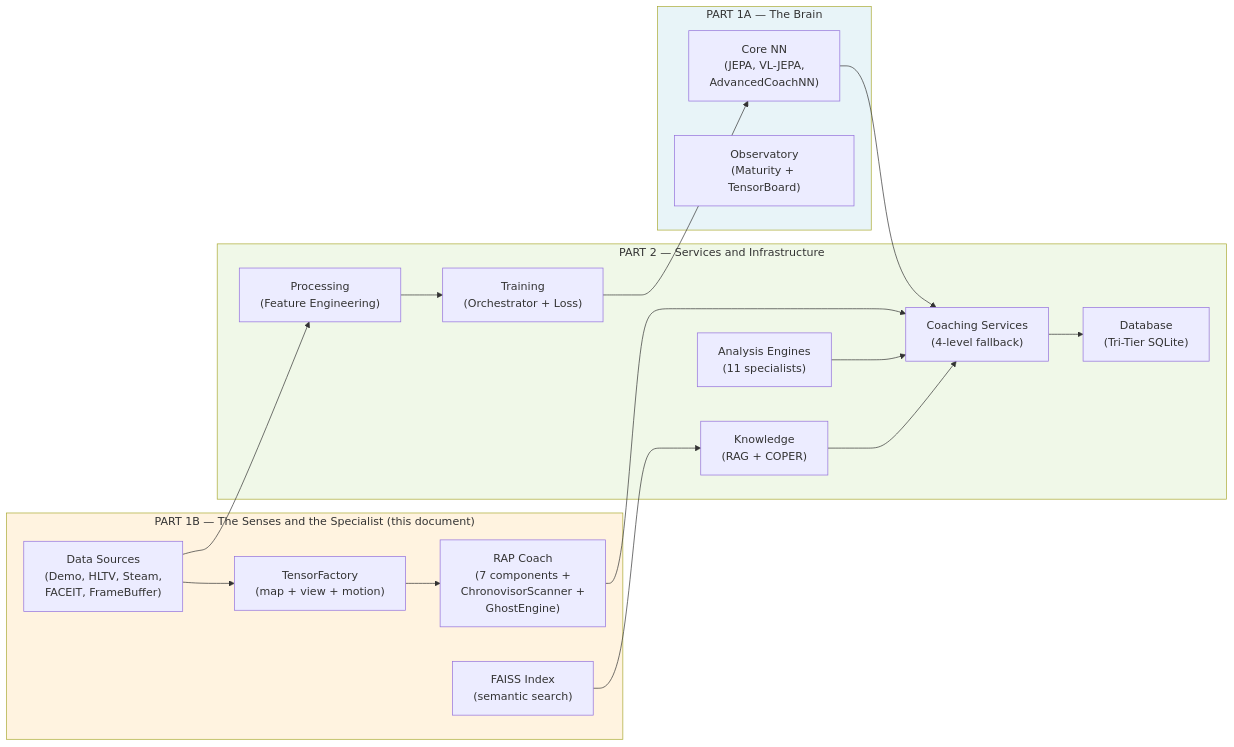
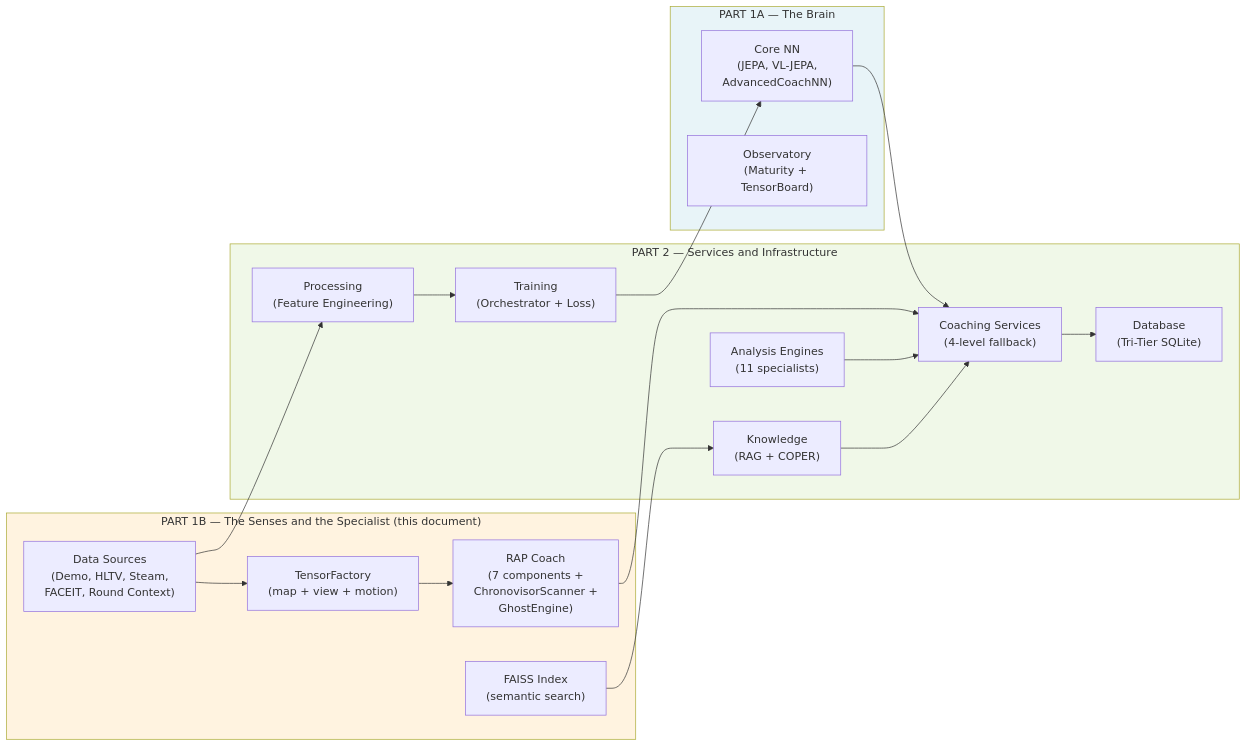
Diagram 16 of 16 in docs/books/Book-Coach-1B-en.md (renanaugustomacena-ux/Counter-Strike-coach-AI), drawn with Mermaid before and after one commit. The commit also changed other lines of this file and 36 other files, not shown here.

````diff
--- a/docs/books/Book-Coach-1B-en.md
+++ b/docs/books/Book-Coach-1B-en.md
@@ -1071,37 +1018,37 @@
 ```mermaid
 flowchart LR
     subgraph PART1A["PART 1A — The Brain"]
         NN["Core NN<br/>(JEPA, VL-JEPA,<br/>AdvancedCoachNN)"]
         OBS["Observatory<br/>(Maturity + TensorBoard)"]
     end
     subgraph PART1B["PART 1B — The Senses and the Specialist (this document)"]
-        DS["Data Sources<br/>(Demo, HLTV, Steam,<br/>FACEIT, FrameBuffer)"]
+        DS["Data Sources<br/>(Demo, HLTV, Steam,<br/>FACEIT, Round Context)"]
         TF["TensorFactory<br/>(map + view + motion)"]
         FAISS_P1["FAISS Index<br/>(semantic search)"]
         RAP["RAP Coach<br/>(7 components +<br/>ChronovisorScanner +<br/>GhostEngine)"]
     end
     subgraph PART2["PART 2 — Services and Infrastructure"]
         SVC["Coaching Services<br/>(4-level fallback)"]
         ANL["Analysis Engines<br/>(11 specialists)"]
         KB["Knowledge<br/>(RAG + COPER)"]
         PROC["Processing<br/>(Feature Engineering)"]
         DB["Database<br/>(Tri-Tier SQLite)"]
         TRAIN["Training<br/>(Orchestrator + Loss)"]
     end
 
     DS --> PROC
     DS --> TF
     TF --> RAP
     FAISS_P1 --> KB
     NN --> SVC
     RAP --> SVC
     PROC --> TRAIN
     TRAIN --> NN
     ANL --> SVC
     KB --> SVC
     SVC --> DB
 
     style PART1A fill:#e8f4f8
     style PART1B fill:#fff3e0
     style PART2 fill:#f0f8e8
 ```
````
